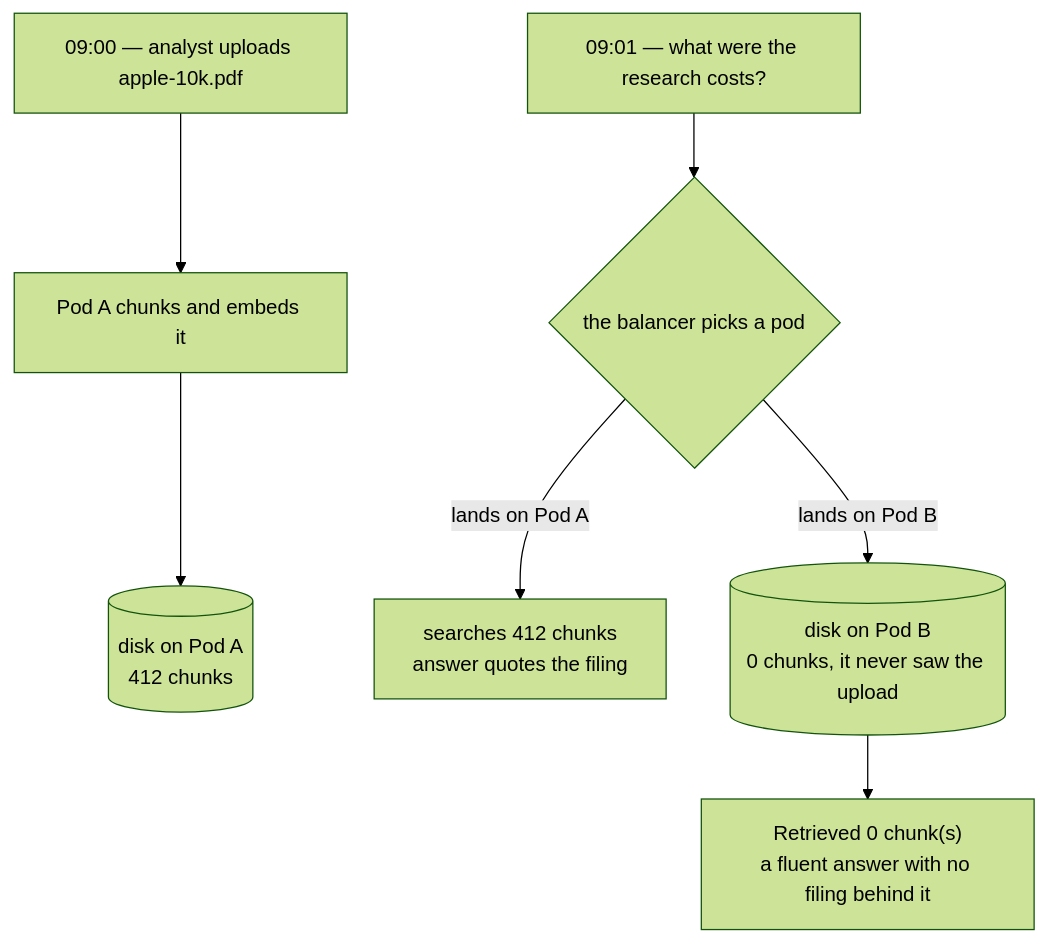
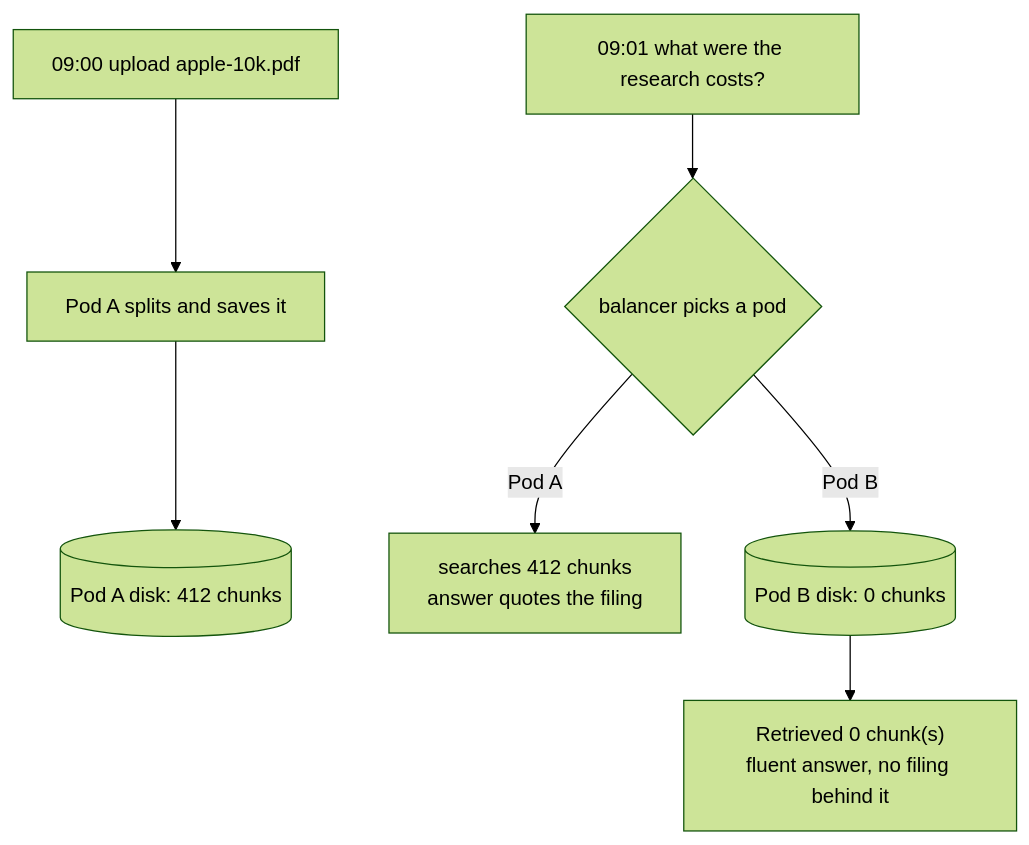
The second of 15 diagrams in docs/TESTING-SCALING.md (selvakumarperumal/Corporate_Filing_Analyzer_Agent), drawn with Mermaid (forest theme) before and after one commit. The commit also changed other lines of this file, not shown here.

Commit message:
docs: streamline scaling test guide with plain-language summaries, settings tables, and clear architectural diagrams

````diff
--- a/docs/TESTING-SCALING.md
+++ b/docs/TESTING-SCALING.md
@@ -261,9 +265,9 @@
 ```mermaid
 flowchart TB
-  U["09:00 — analyst uploads apple-10k.pdf"] --> A["Pod A chunks and embeds it"]
-  A --> DA[("disk on Pod A<br/>412 chunks")]
-  Q["09:01 — what were the research costs?"] --> LB{"the balancer picks a pod"}
-  LB -->|"lands on Pod A"| GOOD["searches 412 chunks<br/>answer quotes the filing"]
-  LB -->|"lands on Pod B"| DB[("disk on Pod B<br/>0 chunks, it never saw the upload")]
-  DB --> BAD["Retrieved 0 chunk(s)<br/>a fluent answer with no filing behind it"]
+  U["09:00 upload apple-10k.pdf"] --> A["Pod A splits and saves it"]
+  A --> DA[("Pod A disk: 412 chunks")]
+  Q["09:01 what were the research costs?"] --> LB{"balancer picks a pod"}
+  LB -->|"Pod A"| GOOD["searches 412 chunks<br/>answer quotes the filing"]
+  LB -->|"Pod B"| DB[("Pod B disk: 0 chunks")]
+  DB --> BAD["Retrieved 0 chunk(s)<br/>fluent answer, no filing behind it"]
 ```
````
